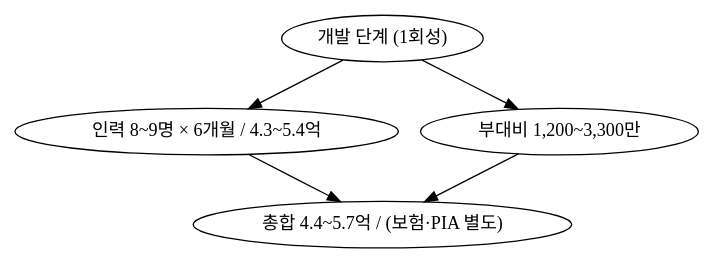
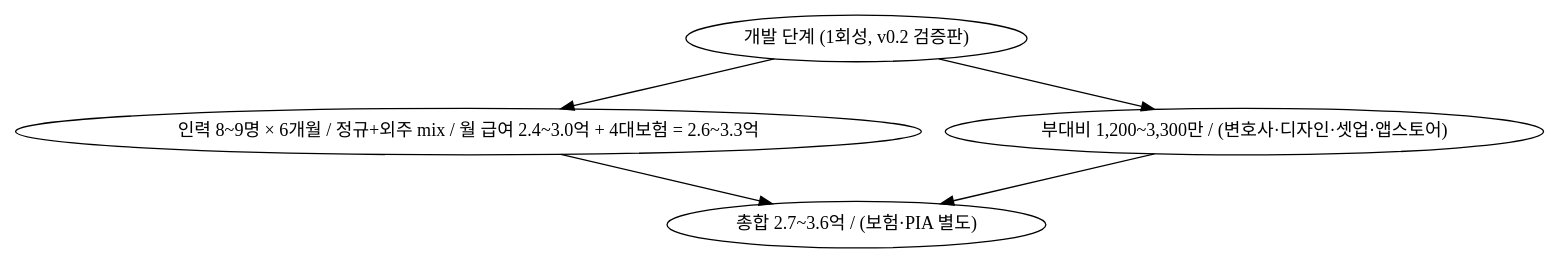
One commit to serendibeats/cargypsy changed the diagram in diagrams/07-cost-development.dot. Above: the diagram before and after it, drawn with Graphviz. The commit also changed 9 other files, not shown here.

```diff
--- a/diagrams/07-cost-development.dot
+++ b/diagrams/07-cost-development.dot
@@ -1,12 +1,12 @@
 digraph CostDevelopment {
-    title [label="개발 단계 (1회성)"];
+    title [label="개발 단계 (1회성, v0.2 검증판)"];
 
-    인력 [label="인력 8~9명 × 6개월 / 4.3~5.4억"];
-    부대 [label="부대비 1,200~3,300만"];
-    합계 [label="총합 4.4~5.7억 / (보험·PIA 별도)"];
+    인력 [label="인력 8~9명 × 6개월 / 정규+외주 mix / 월 급여 2.4~3.0억 + 4대보험 = 2.6~3.3억"];
+    부대 [label="부대비 1,200~3,300만 / (변호사·디자인·셋업·앱스토어)"];
+    합계 [label="총합 2.7~3.6억 / (보험·PIA 별도)"];
 
     title -> 인력;
     title -> 부대;
     인력 -> 합계;
     부대 -> 합계;
 }
```
